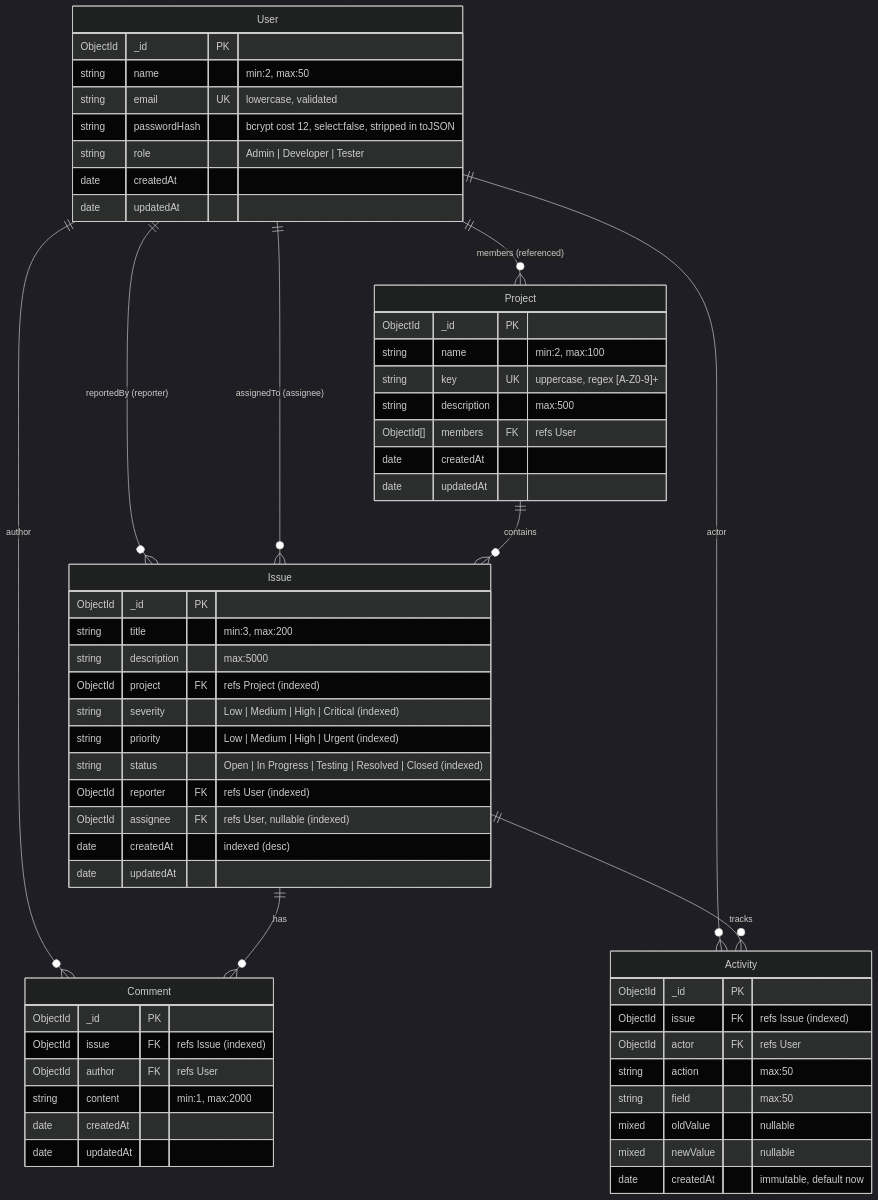
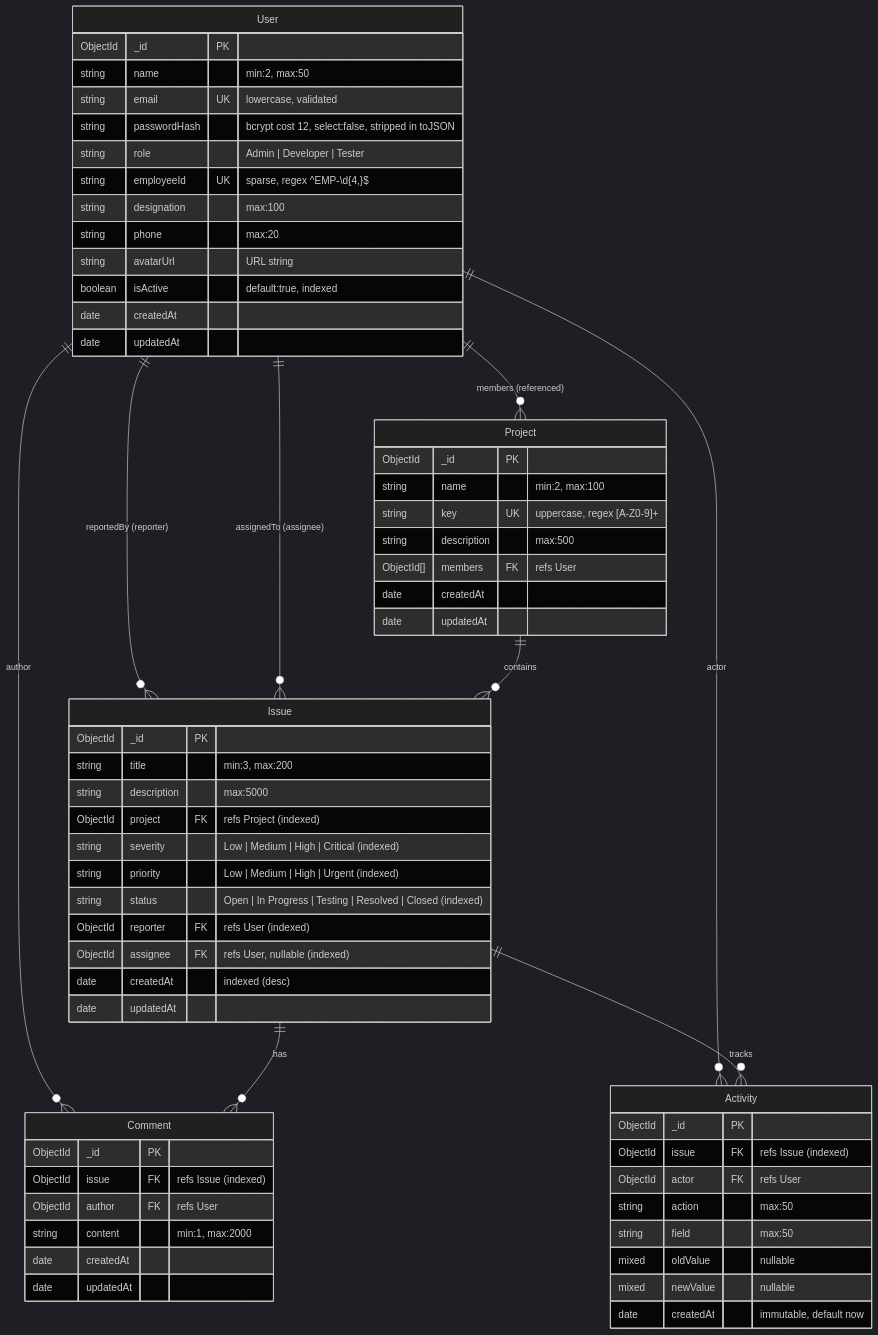
One commit to GaneshPatole85/Bug_Board_assignment changed the diagram in docs/database-design.md. Above: the diagram before and after it, drawn with Mermaid (dark theme). The commit also changed other lines of this file and 62 other files, not shown here.

````diff
--- a/docs/database-design.md
+++ b/docs/database-design.md
@@ -10,66 +10,71 @@
 ```mermaid
 erDiagram
     User ||--o{ Project : "members (referenced)"
     User ||--o{ Issue : "reportedBy (reporter)"
     User ||--o{ Issue : "assignedTo (assignee)"
     User ||--o{ Comment : "author"
     User ||--o{ Activity : "actor"
 
     Project ||--o{ Issue : "contains"
     Issue ||--o{ Comment : "has"
     Issue ||--o{ Activity : "tracks"
 
     User {
         ObjectId _id PK
         string name "min:2, max:50"
         string email UK "lowercase, validated"
         string passwordHash "bcrypt cost 12, select:false, stripped in toJSON"
         string role "Admin | Developer | Tester"
+        string employeeId UK "sparse, regex ^EMP-\\d{4,}$"
+        string designation "max:100"
+        string phone "max:20"
+        string avatarUrl "URL string"
+        boolean isActive "default:true, indexed"
         date createdAt
         date updatedAt
     }
 
     Project {
         ObjectId _id PK
         string name "min:2, max:100"
         string key UK "uppercase, regex [A-Z0-9]+"
         string description "max:500"
         ObjectId[] members FK "refs User"
         date createdAt
         date updatedAt
     }
 
     Issue {
         ObjectId _id PK
         string title "min:3, max:200"
         string description "max:5000"
         ObjectId project FK "refs Project (indexed)"
         string severity "Low | Medium | High | Critical (indexed)"
         string priority "Low | Medium | High | Urgent (indexed)"
         string status "Open | In Progress | Testing | Resolved | Closed (indexed)"
         ObjectId reporter FK "refs User (indexed)"
         ObjectId assignee FK "refs User, nullable (indexed)"
         date createdAt "indexed (desc)"
         date updatedAt
     }
 
     Comment {
         ObjectId _id PK
         ObjectId issue FK "refs Issue (indexed)"
         ObjectId author FK "refs User"
         string content "min:1, max:2000"
         date createdAt
         date updatedAt
     }
 
     Activity {
         ObjectId _id PK
         ObjectId issue FK "refs Issue (indexed)"
         ObjectId actor FK "refs User"
         string action "max:50"
         string field "max:50"
         mixed oldValue "nullable"
         mixed newValue "nullable"
         date createdAt "immutable, default now"
     }
 ```
````
